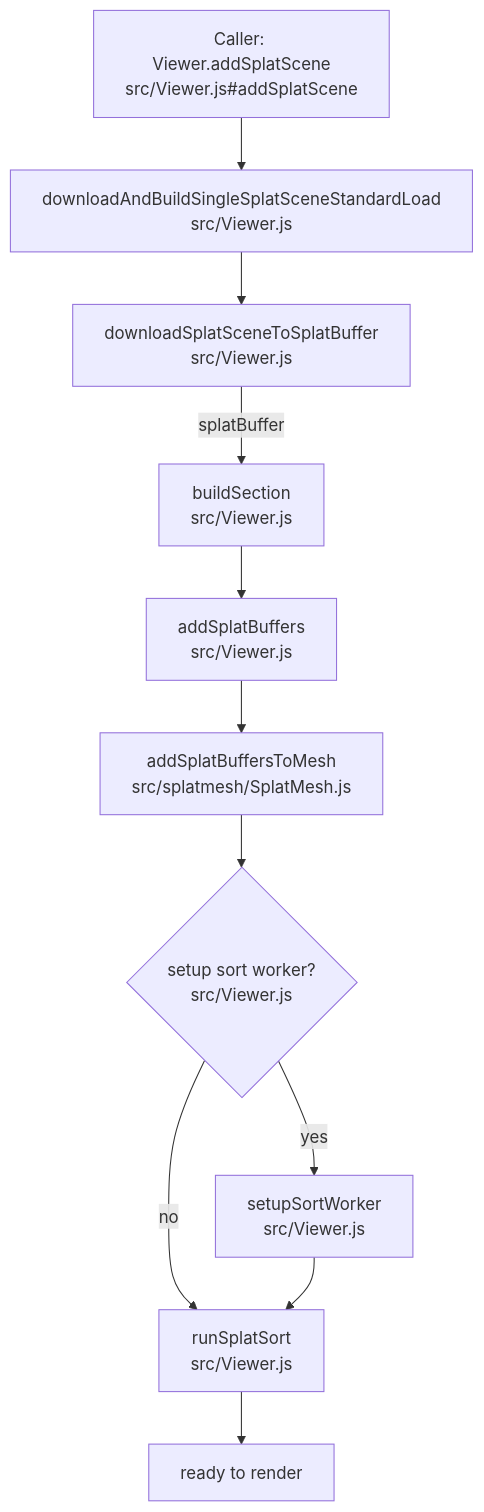
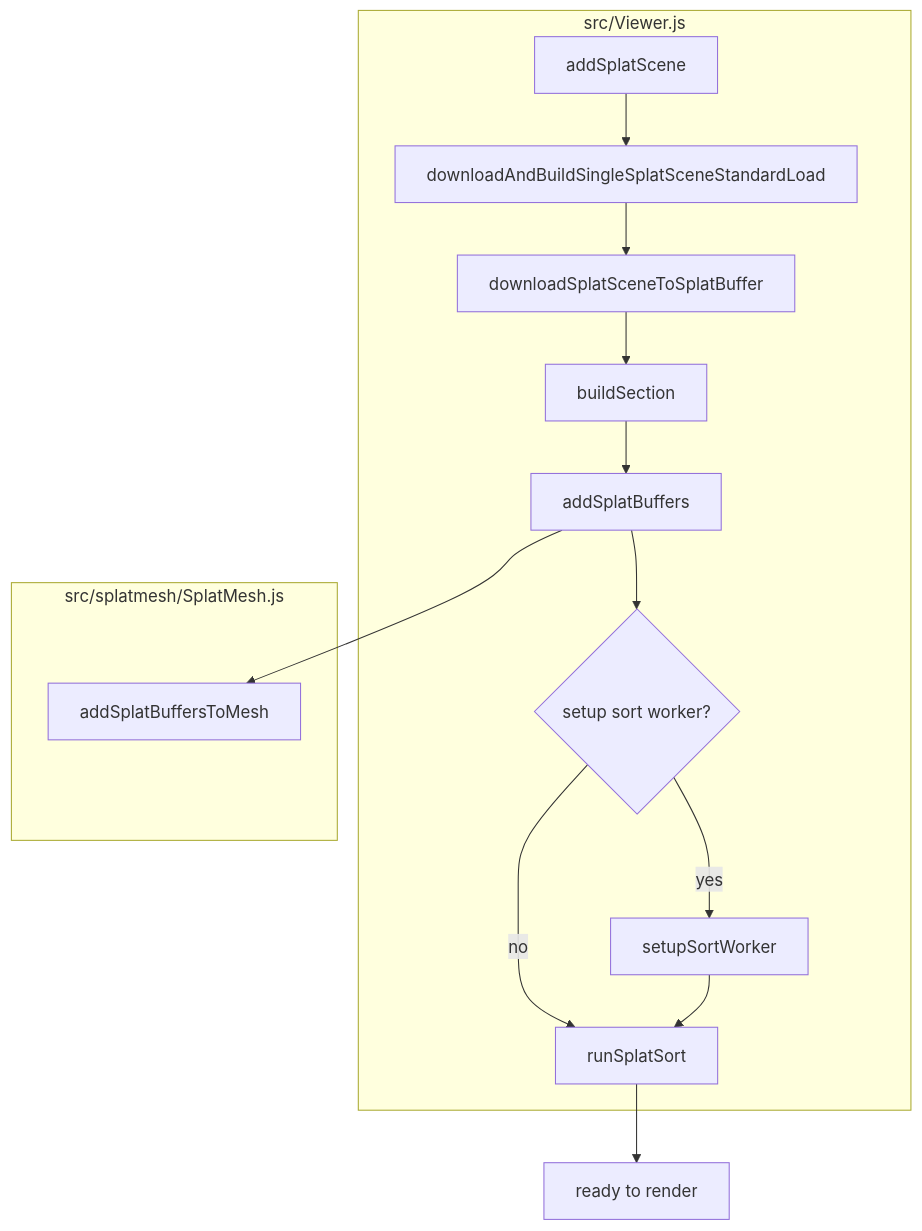
Before and after one commit to 3DGS-FLoD/flod-3dgs-demo: the first of 2 diagrams in SCENE_LOADING_FLOW.md, drawn with Mermaid. The commit also changed other lines of this file, not shown here.

````diff
--- a/SCENE_LOADING_FLOW.md
+++ b/SCENE_LOADING_FLOW.md
@@ -60,13 +60,18 @@
 ```mermaid
 flowchart TD
-    A[Caller: Viewer.addSplatScene\nsrc/Viewer.js#addSplatScene] --> B[downloadAndBuildSingleSplatSceneStandardLoad\nsrc/Viewer.js]
-    B --> C[downloadSplatSceneToSplatBuffer\nsrc/Viewer.js]
-    C -->|splatBuffer| D[buildSection\nsrc/Viewer.js]
-    D --> E[addSplatBuffers\nsrc/Viewer.js]
-    E --> F[addSplatBuffersToMesh\nsrc/splatmesh/SplatMesh.js]
-    F --> G{setup sort worker?\nsrc/Viewer.js}
-    G -->|yes| H[setupSortWorker\nsrc/Viewer.js]
-    G -->|no| I[runSplatSort\nsrc/Viewer.js]
+  subgraph Viewer_js [src/Viewer.js]
+    A[addSplatScene] --> B[downloadAndBuildSingleSplatSceneStandardLoad]
+    B --> C[downloadSplatSceneToSplatBuffer]
+    C --> D[buildSection]
+    D --> E[addSplatBuffers]
+    E --> G{setup sort worker?}
+    G -->|yes| H[setupSortWorker]
+    G -->|no| I[runSplatSort]
     H --> I
-    I --> J[ready to render]
+  end
+  subgraph SplatMesh_js [src/splatmesh/SplatMesh.js]
+    F[addSplatBuffersToMesh]
+  end
+  E --> F
+  I --> J[ready to render]
 ```
````
